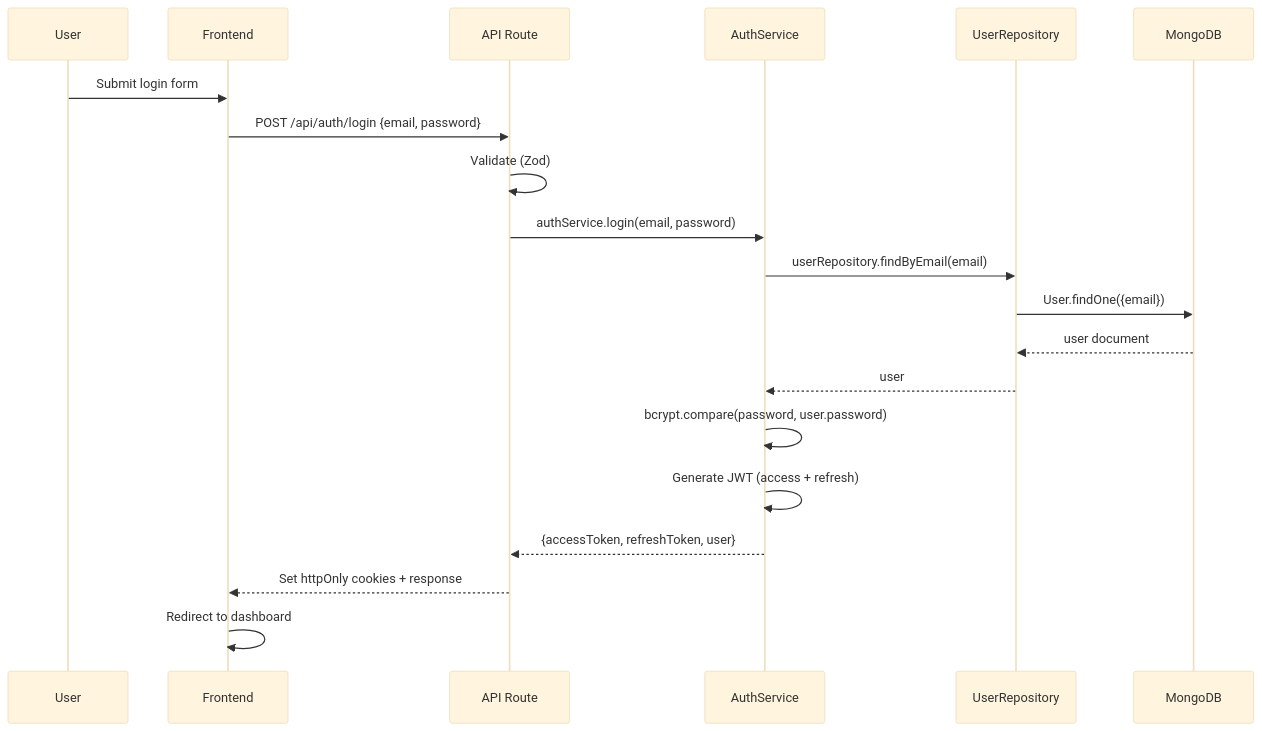
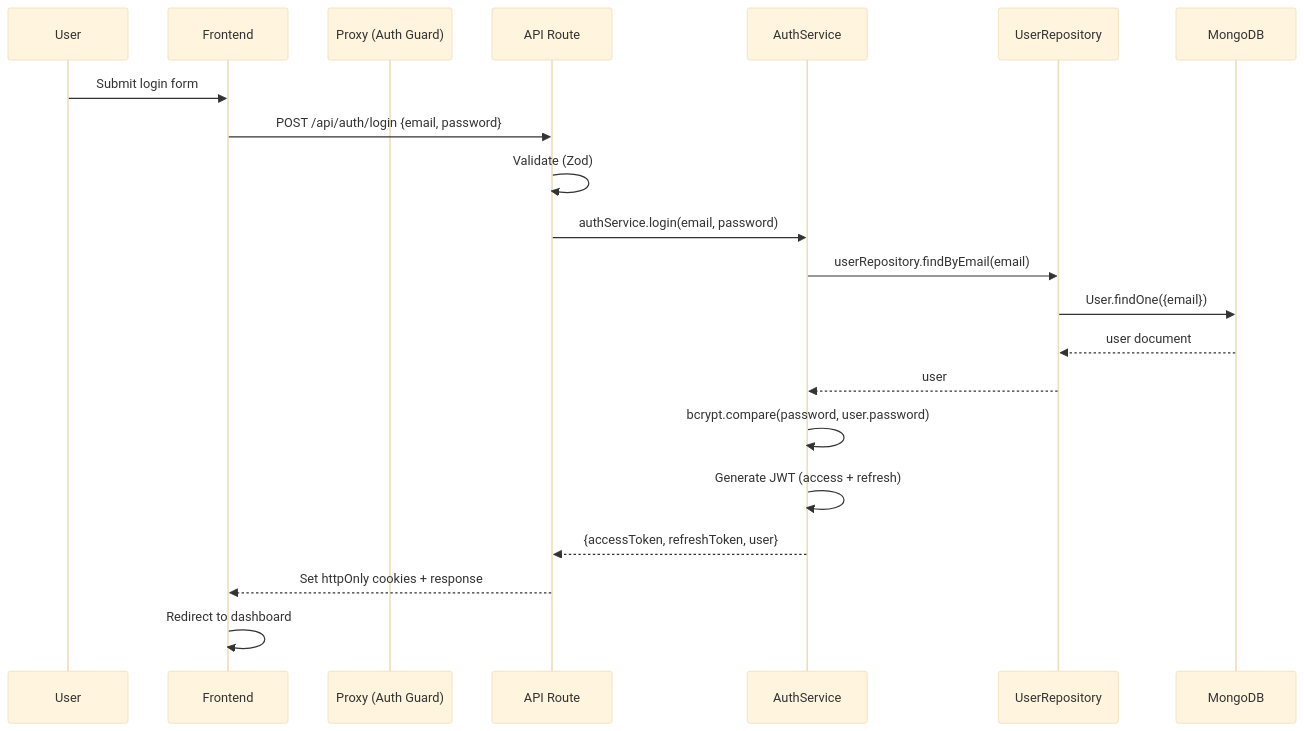
The second of 4 diagrams in architecture.md (lehanhhaidang/virtual_comtor), drawn with Mermaid (base theme) before and after one commit. The commit also changed other lines of this file and 4 other files, not shown here.

````diff
--- a/architecture.md
+++ b/architecture.md
@@ -310,23 +303,24 @@
 ```mermaid
 sequenceDiagram
     participant U as User
     participant FE as Frontend
+    participant PROXY as Proxy (Auth Guard)
     participant API as API Route
     participant SVC as AuthService
     participant REPO as UserRepository
     participant DB as MongoDB
 
     U->>FE: Submit login form
     FE->>API: POST /api/auth/login {email, password}
     API->>API: Validate (Zod)
     API->>SVC: authService.login(email, password)
     SVC->>REPO: userRepository.findByEmail(email)
     REPO->>DB: User.findOne({email})
     DB-->>REPO: user document
     REPO-->>SVC: user
     SVC->>SVC: bcrypt.compare(password, user.password)
     SVC->>SVC: Generate JWT (access + refresh)
     SVC-->>API: {accessToken, refreshToken, user}
     API-->>FE: Set httpOnly cookies + response
     FE->>FE: Redirect to dashboard
 ```
````
